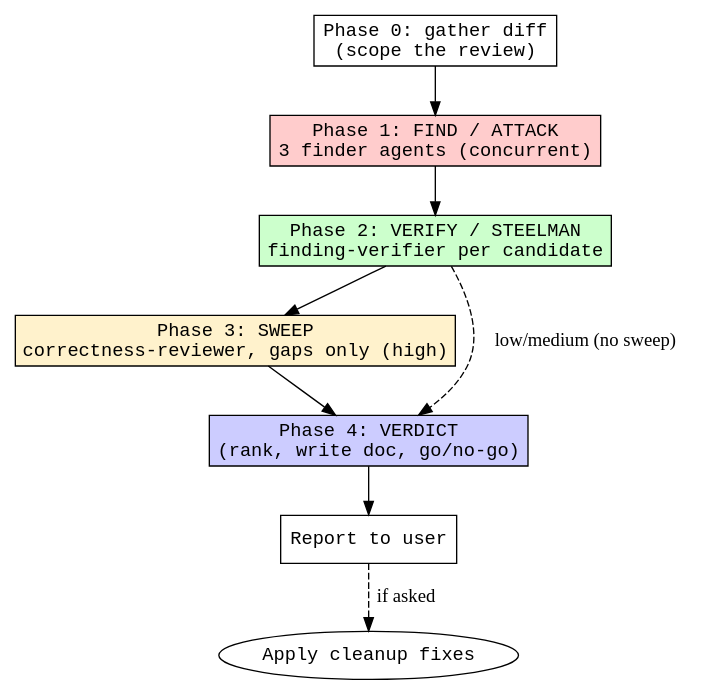
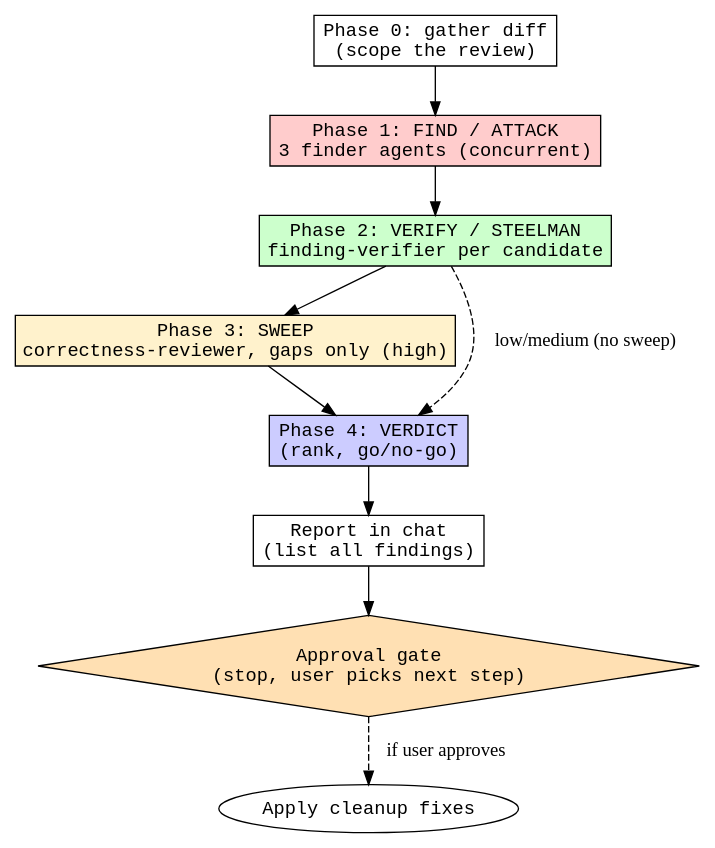
The diagram in skills/reviewing-code/SKILL.md (rakilabs/Skills), drawn with Graphviz before and after one commit. The commit also changed other lines of this file, not shown here.

First line of the commit message:
feat: deliver reviewing-code review in chat with approval gate

````diff
--- a/skills/reviewing-code/SKILL.md
+++ b/skills/reviewing-code/SKILL.md
@@ -56,18 +57,19 @@
 ```dot
 digraph reviewing_code {
   rankdir=TB;
   node [shape=box, fontname="monospace"];
 
   Diff   [label="Phase 0: gather diff\n(scope the review)"];
   Find   [label="Phase 1: FIND / ATTACK\n3 finder agents (concurrent)", style=filled, fillcolor="#ffcccc"];
   Verify [label="Phase 2: VERIFY / STEELMAN\nfinding-verifier per candidate", style=filled, fillcolor="#ccffcc"];
   Sweep  [label="Phase 3: SWEEP\ncorrectness-reviewer, gaps only (high)", style=filled, fillcolor="#fff2cc"];
-  Verdict[label="Phase 4: VERDICT\n(rank, write doc, go/no-go)", style=filled, fillcolor="#ccccff"];
-  Report [label="Report to user"];
+  Verdict[label="Phase 4: VERDICT\n(rank, go/no-go)", style=filled, fillcolor="#ccccff"];
+  Report [label="Report in chat\n(list all findings)"];
+  Gate   [label="Approval gate\n(stop, user picks next step)", shape=diamond, style=filled, fillcolor="#ffe0b3"];
   Apply  [label="Apply cleanup fixes", shape=ellipse];
 
-  Diff -> Find -> Verify -> Sweep -> Verdict -> Report;
+  Diff -> Find -> Verify -> Sweep -> Verdict -> Report -> Gate;
   Verify -> Verdict [label="low/medium (no sweep)", style=dashed];
-  Report -> Apply   [label="if asked", style=dashed];
+  Gate -> Apply     [label="if user approves", style=dashed];
 }
 ```
````
